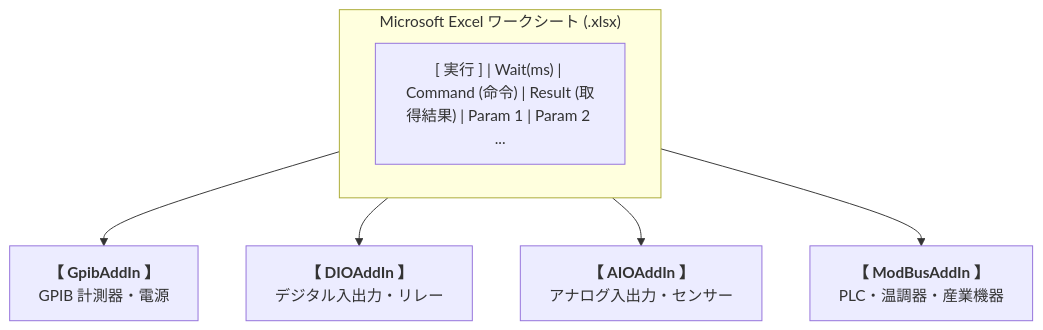
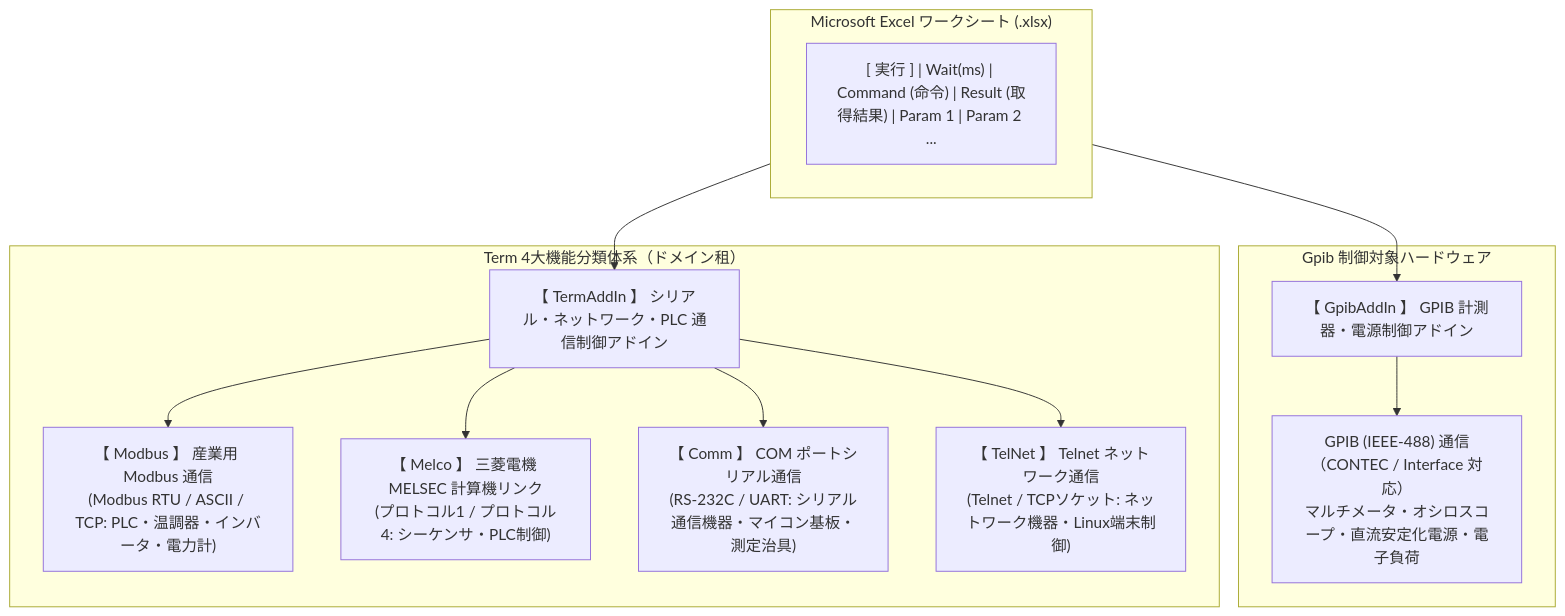
The diagram in README.md (Monaca-App/store), drawn with Mermaid before and after one commit. The commit also changed other lines of this file and 1 other file, not shown here.

````diff
--- a/README.md
+++ b/README.md
@@ -22,11 +22,20 @@
 ```mermaid
 flowchart TD
     subgraph Excel["Microsoft Excel ワークシート (.xlsx)"]
         Row["[ 実行 ] | Wait(ms) | Command (命令) | Result (取得結果) | Param 1 | Param 2 ..."]
     end
 
-    Excel --> Gpib["<b>【 GpibAddIn 】</b><br>GPIB 計測器・電源"]
-    Excel --> Dio["<b>【 DIOAddIn 】</b><br>デジタル入出力・リレー"]
-    Excel --> Aio["<b>【 AIOAddIn 】</b><br>アナログ入出力・センサー"]
-    Excel --> Modbus["<b>【 ModBusAddIn 】</b><br>PLC・温調器・産業機器"]
+    Excel --> Gpib["【 GpibAddIn 】 GPIB 計測器・電源制御アドイン"]
+    Excel --> Term["【 TermAddIn 】 シリアル・ネットワーク・PLC 通信制御アドイン"]
+
+    subgraph GpibDetails["Gpib 制御対象ハードウェア"]
+        Gpib --> GpibDev["GPIB (IEEE-488) 通信（CONTEC / Interface 対応）<br>マルチメータ・オシロスコープ・直流安定化電源・電子負荷"]
+    end
+
+    subgraph TermDetails["Term 4大機能分類体系（ドメイン租）"]
+        Term --> Modbus["【 Modbus 】 産業用 Modbus 通信<br>(Modbus RTU / ASCII / TCP: PLC・温調器・インバータ・電力計)"]
+        Term --> Melco["【 Melco 】 三菱電機 MELSEC 計算機リンク<br>(プロトコル1 / プロトコル4: シーケンサ・PLC制御)"]
+        Term --> Comm["【 Comm 】 COM ポートシリアル通信<br>(RS-232C / UART: シリアル通信機器・マイコン基板・測定治具)"]
+        Term --> Telnet["【 TelNet 】 Telnet ネットワーク通信<br>(Telnet / TCPソケット: ネットワーク機器・Linux端末制御)"]
+    end
 ```
````
